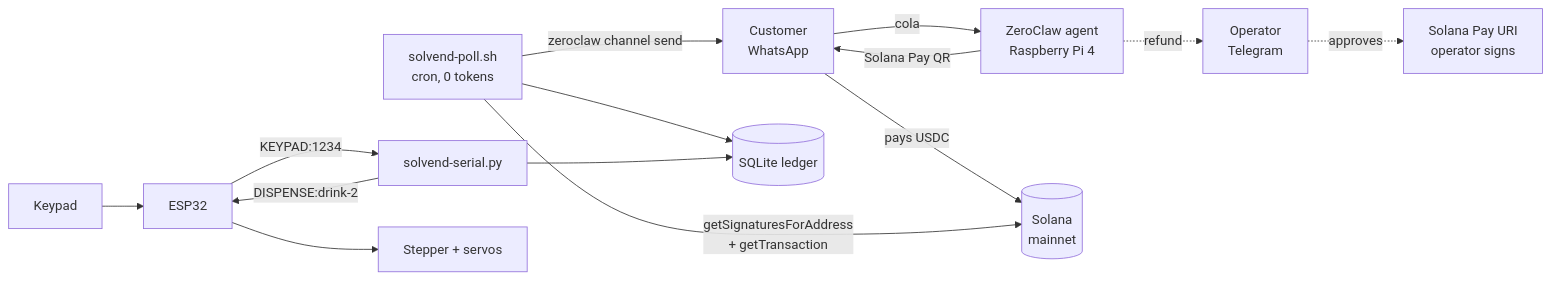
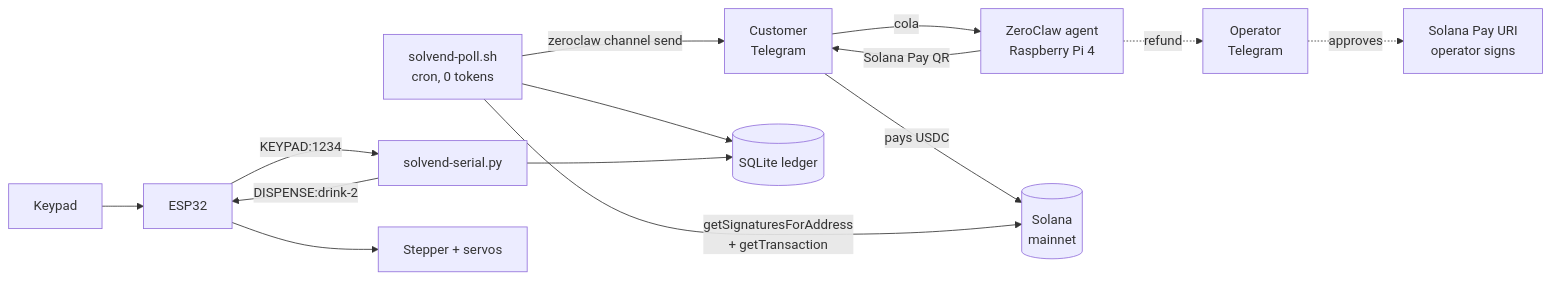
Before and after one commit to Yahmad2601/solvend-zeroclaw: the diagram in README.md, drawn with Mermaid. The commit also changed other lines of this file and 3 other files, not shown here.

````diff
--- a/README.md
+++ b/README.md
@@ -25,16 +25,16 @@
 ```mermaid
 flowchart LR
-  C[Customer<br/>WhatsApp] -->|"cola"| Z[ZeroClaw agent<br/>Raspberry Pi 4]
+  C[Customer<br/>Telegram] -->|"cola"| Z[ZeroClaw agent<br/>Raspberry Pi 4]
   Z -->|Solana Pay QR| C
   C -->|pays USDC| SOL[(Solana<br/>mainnet)]
   P[solvend-poll.sh<br/>cron, 0 tokens] -->|getSignaturesForAddress<br/>+ getTransaction| SOL
   P -->|zeroclaw channel send| C
   P --> DB[(SQLite ledger)]
   K[Keypad] --> E[ESP32]
   E -->|KEYPAD:1234| D[solvend-serial.py]
   D --> DB
   D -->|DISPENSE:drink-2| E
   E --> M[Stepper + servos]
   Z -.refund.-> OP[Operator<br/>Telegram]
   OP -.approves.-> URI[Solana Pay URI<br/>operator signs]
 ```
````
